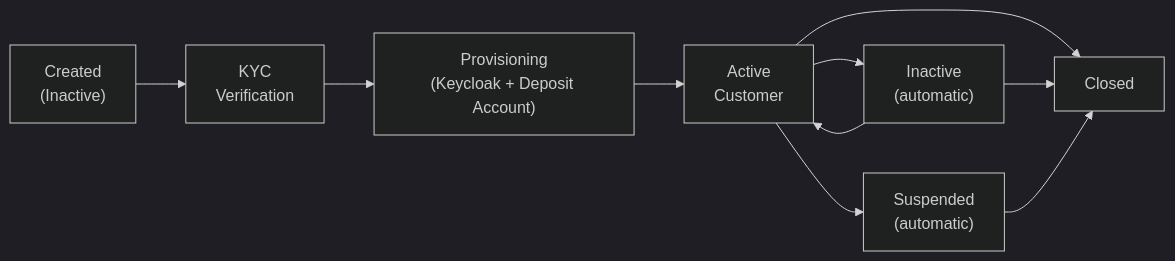
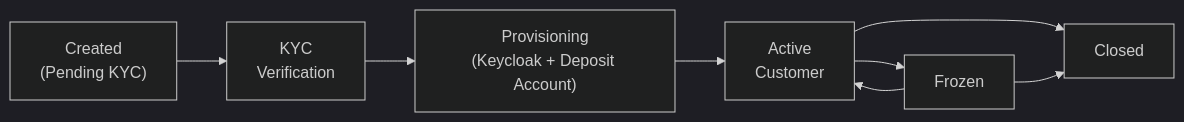
Before and after one commit to GaloyMoney/lana-bank: the diagram in docs-site/docs/technical-documentation/customers/index.md, drawn with Mermaid (dark theme). The commit also changed other lines of this file and 90 other files, not shown here.

````diff
--- a/docs-site/docs/technical-documentation/customers/index.md
+++ b/docs-site/docs/technical-documentation/customers/index.md
@@ -31,12 +31,10 @@
 ```mermaid
 graph LR
-    CREATE["Created<br/>(Inactive)"] --> KYC["KYC<br/>Verification"]
+    CREATE["Created<br/>(Pending KYC)"] --> KYC["KYC<br/>Verification"]
     KYC --> PROV["Provisioning<br/>(Keycloak + Deposit Account)"]
     PROV --> ACTIVE["Active<br/>Customer"]
-    ACTIVE --> INACTIVE["Inactive<br/>(automatic)"]
-    INACTIVE --> ACTIVE
-    ACTIVE --> SUSPENDED["Suspended<br/>(automatic)"]
+    ACTIVE --> FROZEN["Frozen"]
+    FROZEN --> ACTIVE
     ACTIVE --> CLOSED["Closed"]
-    INACTIVE --> CLOSED
-    SUSPENDED --> CLOSED
+    FROZEN --> CLOSED
 ```
````
